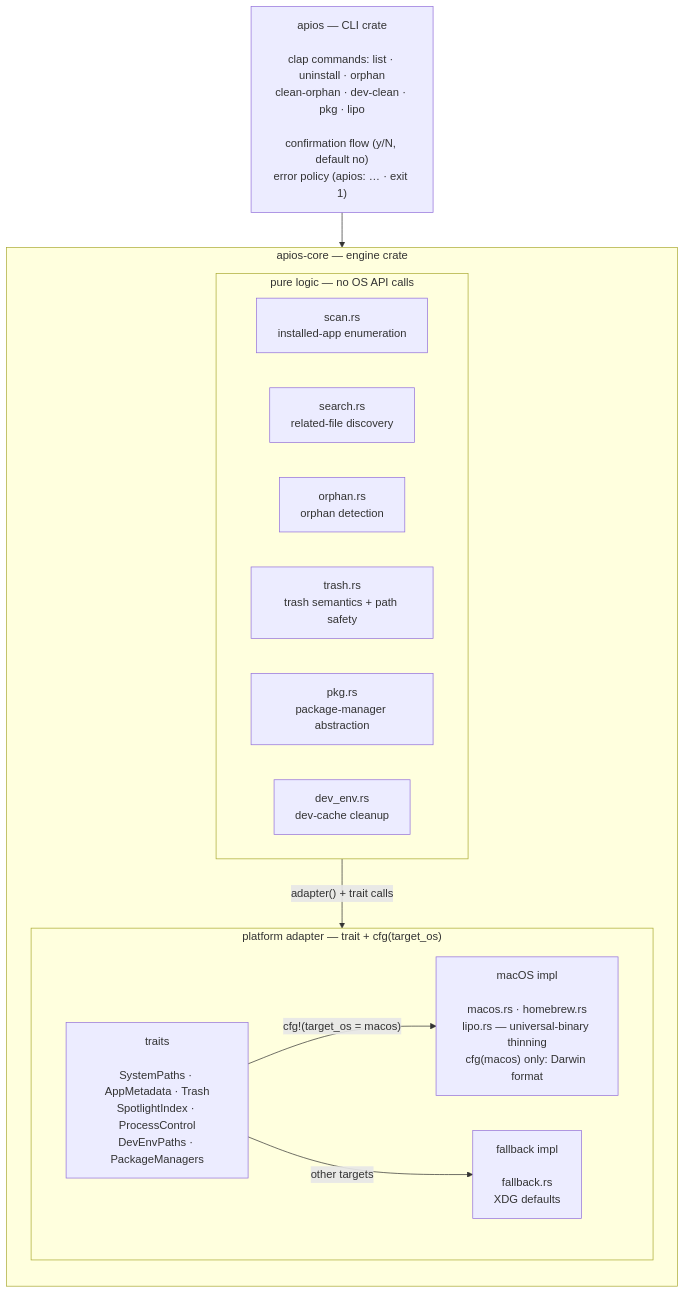
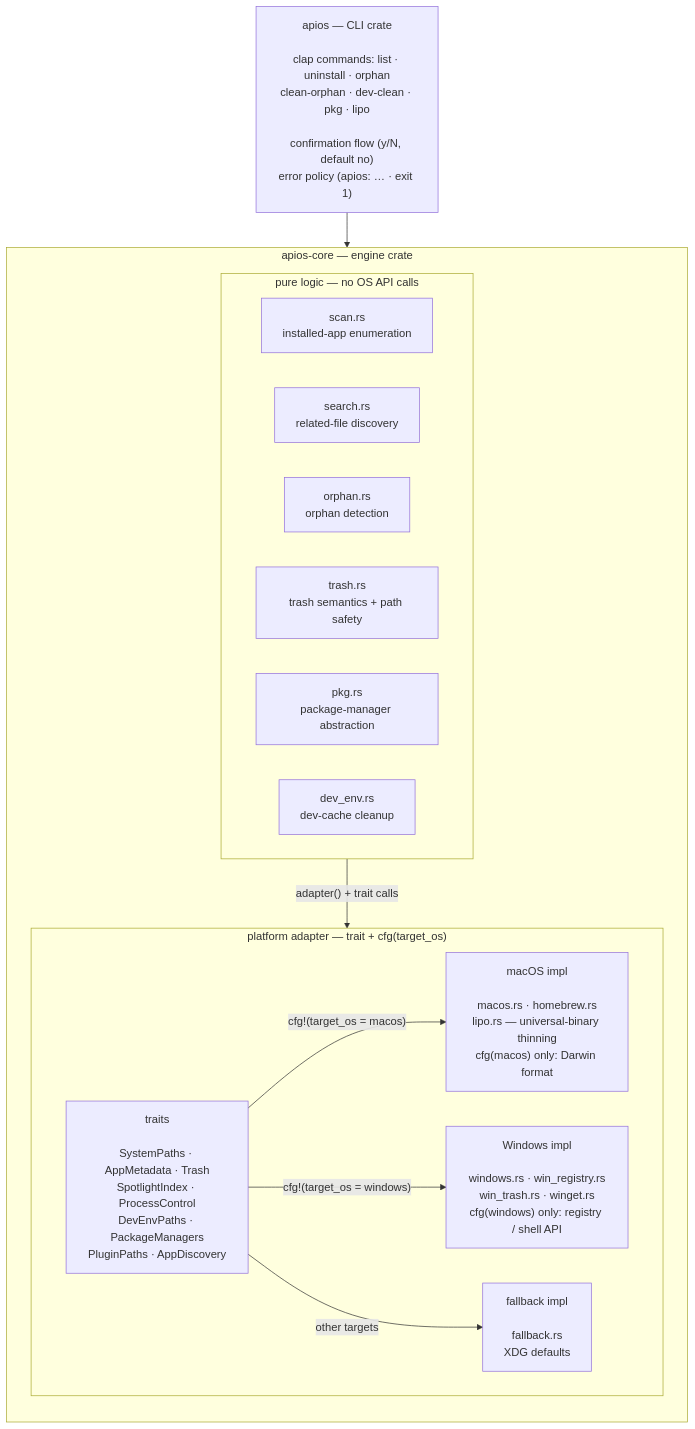
The diagram in docs/ARCHITECTURE.md (zixij644-elaborate/ApiosCleaner), drawn with Mermaid before and after one commit. The commit also changed other lines of this file and 3 other files, not shown here.

First line of the commit message:
docs: Windows v0.2.0 — CI artifact, README/ARCHITECTURE/CHANGELOG, roadmap (M6)

````diff
--- a/docs/ARCHITECTURE.md
+++ b/docs/ARCHITECTURE.md
@@ -9,30 +9,32 @@
 ```mermaid
 flowchart TB
     CLI["apios — CLI crate<br/><br/>clap commands: list · uninstall · orphan<br/>clean-orphan · dev-clean · pkg · lipo<br/><br/>confirmation flow (y/N, default no)<br/>error policy (apios: … · exit 1)"]
 
     subgraph CORE["apios-core — engine crate"]
         direction TB
 
         subgraph LOGIC["pure logic — no OS API calls"]
             direction LR
             SCAN["scan.rs<br/>installed-app enumeration"]
             SEARCH["search.rs<br/>related-file discovery"]
             ORPHAN["orphan.rs<br/>orphan detection"]
             TRASH["trash.rs<br/>trash semantics + path safety"]
             PKG["pkg.rs<br/>package-manager abstraction"]
             DEVENV["dev_env.rs<br/>dev-cache cleanup"]
         end
 
         subgraph ADAPTER["platform adapter — trait + cfg(target_os)"]
             direction LR
-            TRAITS["traits<br/><br/>SystemPaths · AppMetadata · Trash<br/>SpotlightIndex · ProcessControl<br/>DevEnvPaths · PackageManagers"]
+            TRAITS["traits<br/><br/>SystemPaths · AppMetadata · Trash<br/>SpotlightIndex · ProcessControl<br/>DevEnvPaths · PackageManagers<br/>PluginPaths · AppDiscovery"]
             MAC["macOS impl<br/><br/>macos.rs · homebrew.rs<br/>lipo.rs — universal-binary thinning<br/>cfg(macos) only: Darwin format"]
+            WIN["Windows impl<br/><br/>windows.rs · win_registry.rs<br/>win_trash.rs · winget.rs<br/>cfg(windows) only: registry / shell API"]
             FB["fallback impl<br/><br/>fallback.rs<br/>XDG defaults"]
         end
     end
 
     CLI --> CORE
     LOGIC -->|"adapter() + trait calls"| TRAITS
     TRAITS -->|"cfg!(target_os = macos)"| MAC
+    TRAITS -->|"cfg!(target_os = windows)"| WIN
     TRAITS -->|"other targets"| FB
 ```
````
